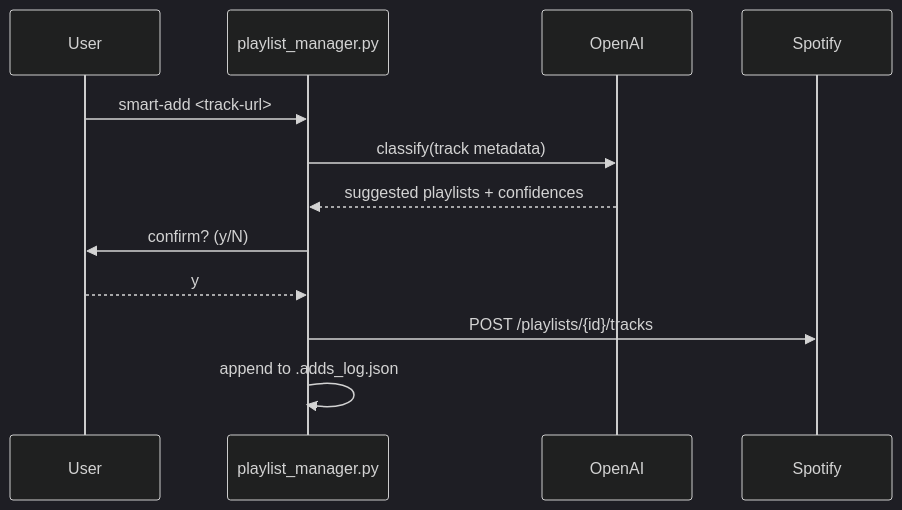
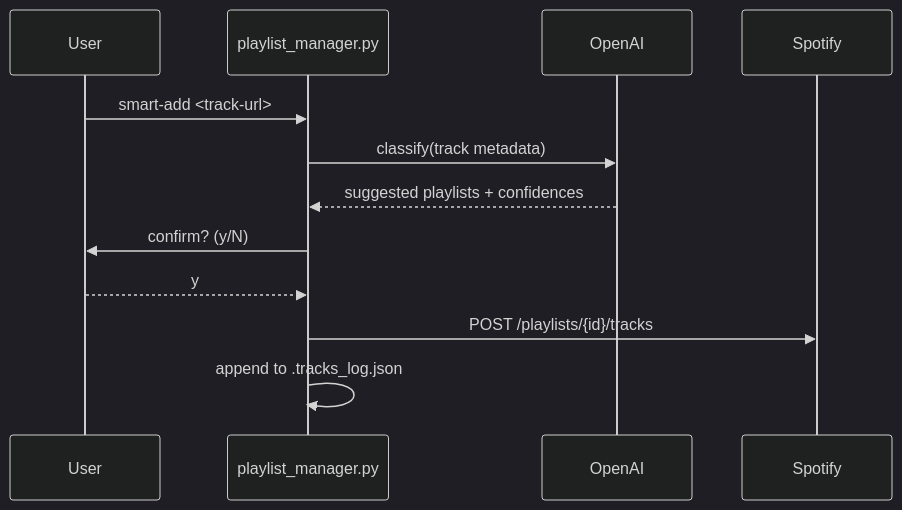
Before and after one commit to WilcoLouwerse/spotify-playlist-manager: the diagram in .claude/docs/writing-docs.md, drawn with Mermaid (dark theme). The commit also changed other lines of this file and 12 other files, not shown here.

First line of the commit message:
refactor: rename .adds_log.json to .tracks_log.json throughout

````diff
--- a/.claude/docs/writing-docs.md
+++ b/.claude/docs/writing-docs.md
@@ -230,14 +230,14 @@
 ```mermaid
 sequenceDiagram
   participant User
   participant CLI as playlist_manager.py
   participant OpenAI
   participant Spotify
   User->>CLI: smart-add <track-url>
   CLI->>OpenAI: classify(track metadata)
   OpenAI-->>CLI: suggested playlists + confidences
   CLI->>User: confirm? (y/N)
   User-->>CLI: y
   CLI->>Spotify: POST /playlists/{id}/tracks
-  CLI->>CLI: append to .adds_log.json
+  CLI->>CLI: append to .tracks_log.json
 ```
````
